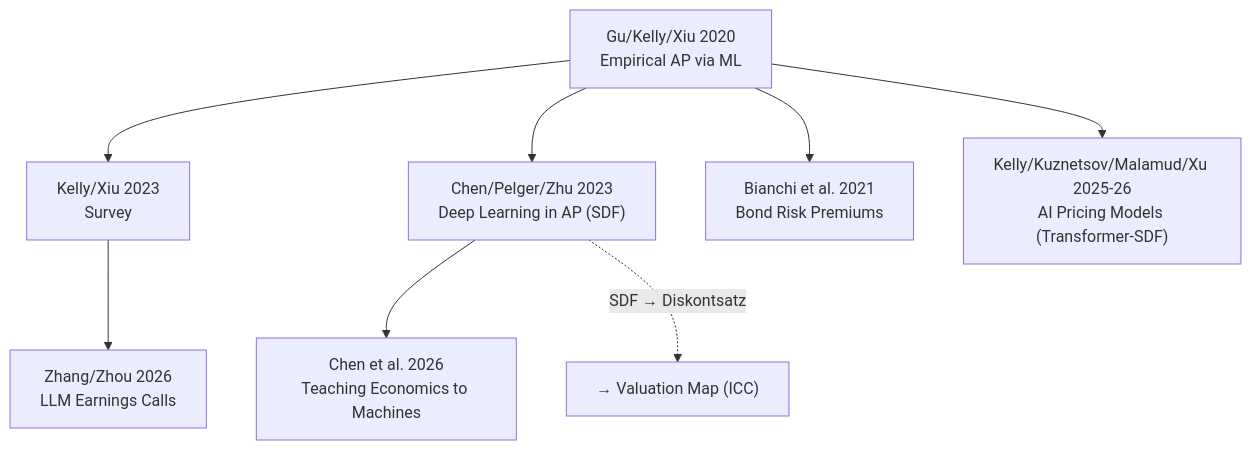
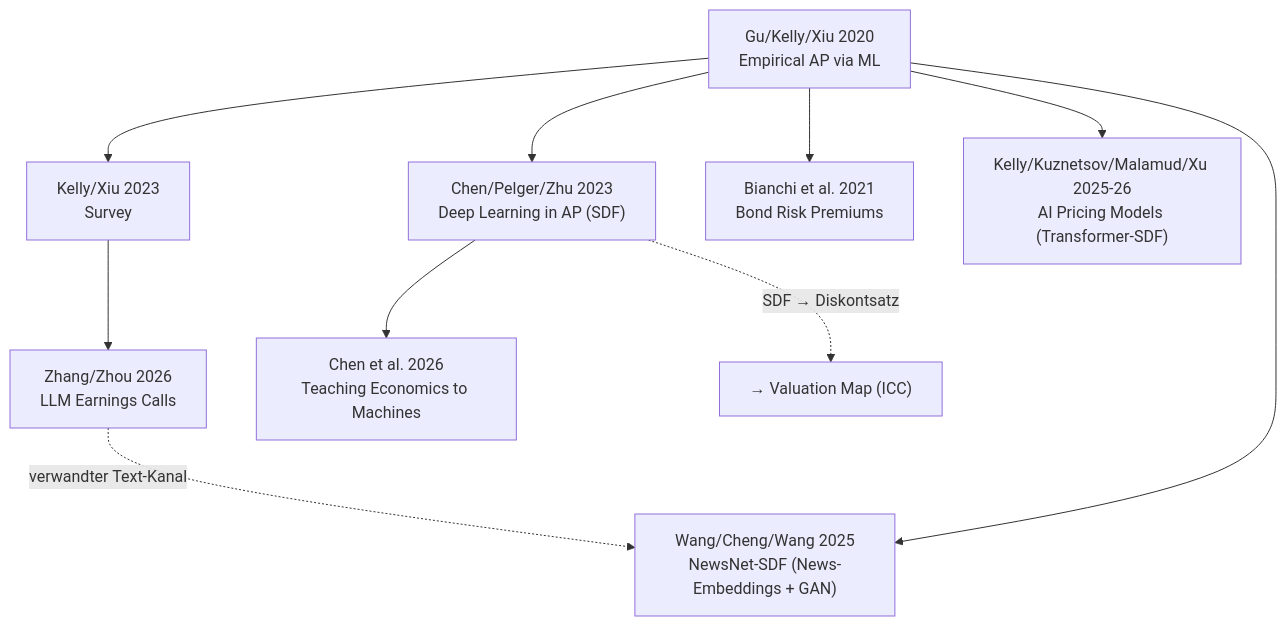
One commit to raulschalkwu/FinanceBenchmarking changed the diagram in 12 Literature Maps/Asset Pricing Literature Map.md. Above: the diagram before and after it, drawn with Mermaid. The commit also changed other lines of this file and 5 other files, not shown here.

First line of the commit message:
Paper-Notiz NewsNet-SDF hinzufuegen und verlinken

````diff
--- a/12 Literature Maps/Asset Pricing Literature Map.md
+++ b/12 Literature Maps/Asset Pricing Literature Map.md
@@ -8,10 +8,12 @@
 ```mermaid
 graph TD
   GKX["Gu/Kelly/Xiu 2020<br>Empirical AP via ML"] --> KX["Kelly/Xiu 2023<br>Survey"]
   GKX --> CPZ["Chen/Pelger/Zhu 2023<br>Deep Learning in AP (SDF)"]
   CPZ --> TEM["Chen et al. 2026<br>Teaching Economics to Machines"]
   GKX --> BBT["Bianchi et al. 2021<br>Bond Risk Premiums"]
   KX --> ZZ["Zhang/Zhou 2026<br>LLM Earnings Calls"]
   CPZ -. "SDF → Diskontsatz" .-> ICC["→ Valuation Map (ICC)"]
   GKX --> AIPM["Kelly/Kuznetsov/Malamud/Xu 2025-26<br>AI Pricing Models (Transformer-SDF)"]
+  GKX --> NNSDF["Wang/Cheng/Wang 2025<br>NewsNet-SDF (News-Embeddings + GAN)"]
+  ZZ -.verwandter Text-Kanal.-> NNSDF
 ```
````
